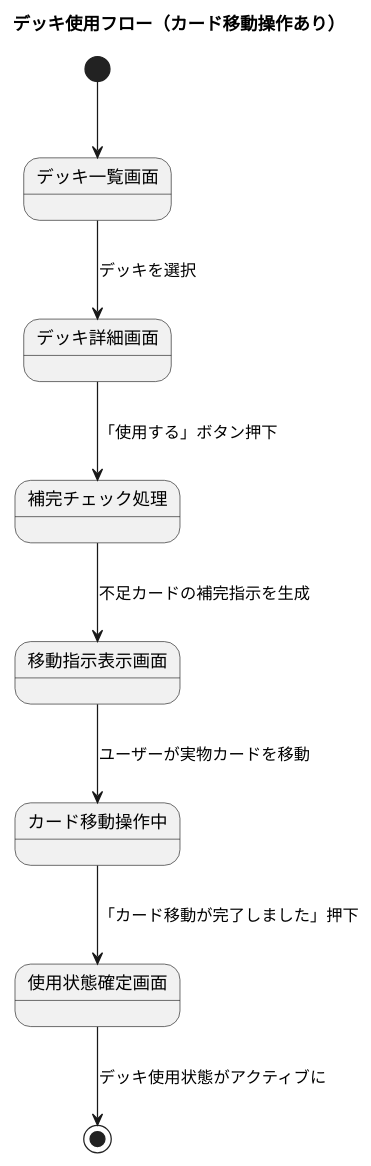
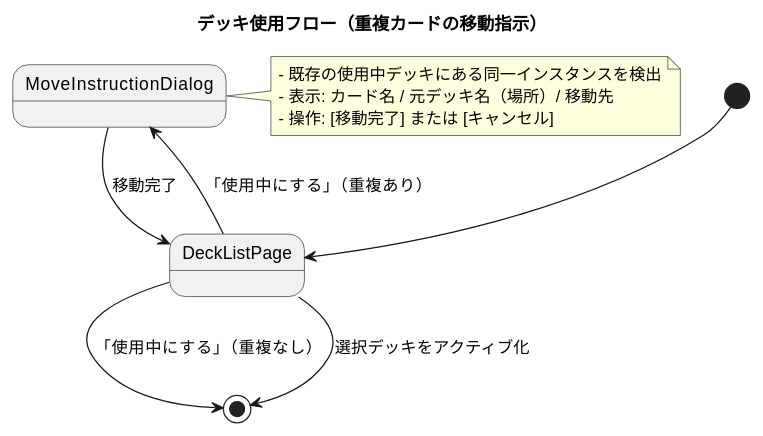
One commit to nilg5120/cardproFlutter changed the second of 2 diagrams in docs/uml/screenl_flow.puml. Above: the diagram before and after it, drawn with PlantUML. The commit also changed other lines of this file and 3 other files, not shown here.

First line of the commit message:
feat: 画面遷移図とカードインスタンスページの表示を改善

```diff
--- a/docs/uml/screenl_flow.puml
+++ b/docs/uml/screenl_flow.puml
@@ -18,16 +26,18 @@
 @startuml
-title デッキ使用フロー（カード移動操作あり）
+title デッキ使用フロー（重複カードの移動指示）
 
-[*] --> デッキ一覧画面
+[*] --> DeckListPage
 
-デッキ一覧画面 --> デッキ詳細画面 : デッキを選択
-デッキ詳細画面 --> 補完チェック処理 : 「使用する」ボタン押下
+DeckListPage --> [*] : 「使用中にする」（重複なし）
 
-補完チェック処理 --> 移動指示表示画面 : 不足カードの補完指示を生成
+DeckListPage --> MoveInstructionDialog : 「使用中にする」（重複あり）
+note right of MoveInstructionDialog
+  - 既存の使用中デッキにある同一インスタンスを検出
+  - 表示: カード名 / 元デッキ名（場所）/ 移動先
+  - 操作: [移動完了] または [キャンセル]
+end note
 
-移動指示表示画面 --> カード移動操作中 : ユーザーが実物カードを移動
-カード移動操作中 --> 使用状態確定画面 : 「カード移動が完了しました」押下
-
-使用状態確定画面 --> [*] : デッキ使用状態がアクティブに
+MoveInstructionDialog --> DeckListPage : 移動完了
+DeckListPage --> [*] : 選択デッキをアクティブ化
 
 @enduml
```
